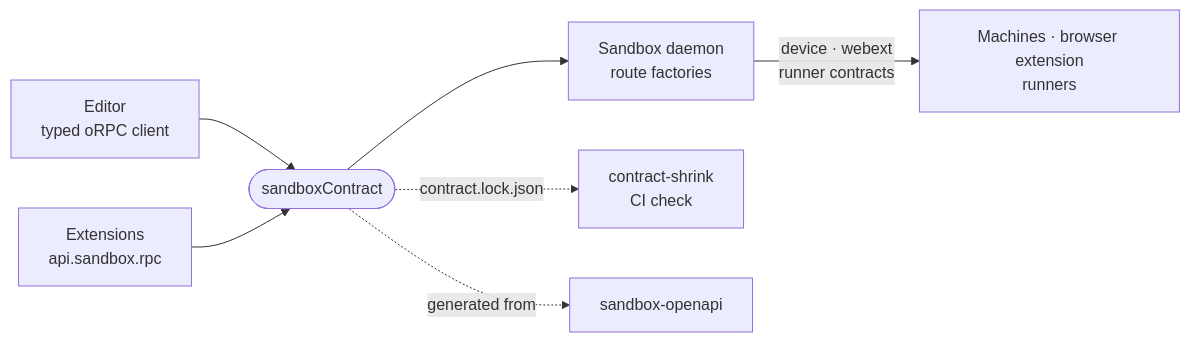
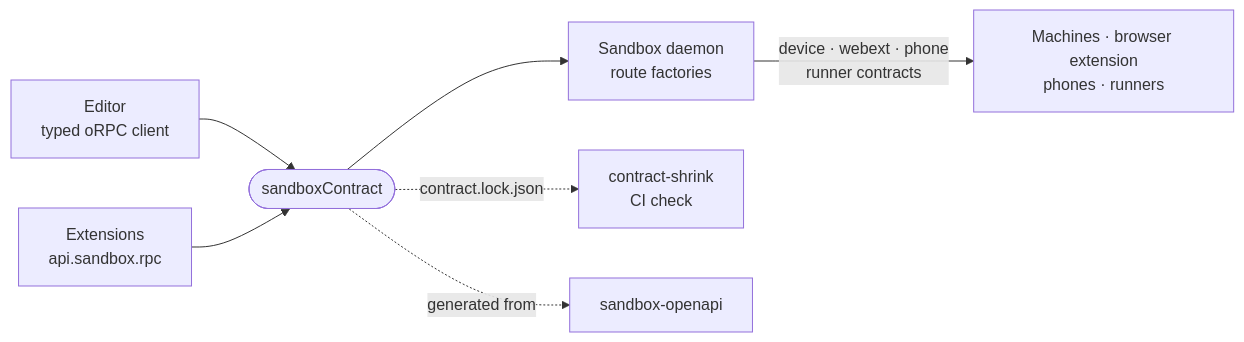
One commit to intentic/intentic changed the diagram in _shared/sandbox-contract/README.md. Above: the diagram before and after it, drawn with Mermaid. The commit also changed other lines of this file and 247 other files, not shown here.

````diff
--- a/_shared/sandbox-contract/README.md
+++ b/_shared/sandbox-contract/README.md
@@ -5,9 +5,9 @@
 ```mermaid
 flowchart LR
     web["Editor<br/>typed oRPC client"] --> contract(["sandboxContract"])
     ext["Extensions<br/>api.sandbox.rpc"] --> contract
     contract --> daemon["Sandbox daemon<br/>route factories"]
-    daemon -- "device · webext<br/>runner contracts" --> peers["Machines · browser extension<br/>runners"]
+    daemon -- "device · webext · phone<br/>runner contracts" --> peers["Machines · browser extension<br/>phones · runners"]
     contract -. "contract.lock.json" .-> shrink["contract-shrink<br/>CI check"]
     contract -. "generated from" .-> openapi["sandbox-openapi"]
 ```
````
